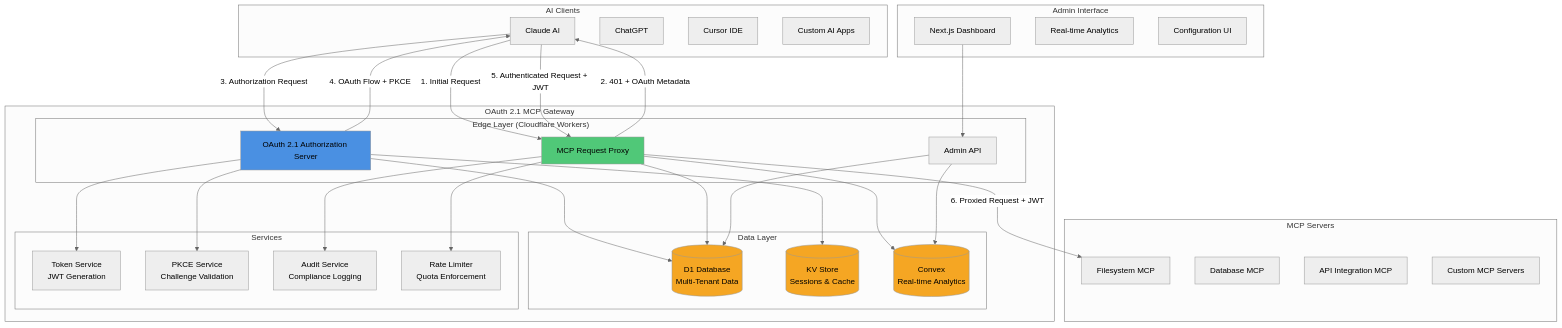
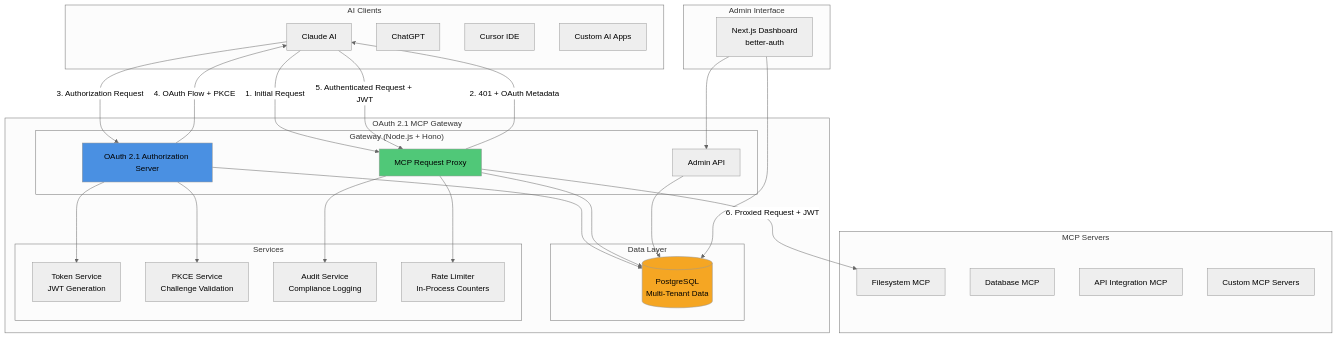
One commit to TevBenji/OAuth-2.1-MCP-Gateway changed the diagram in docs/architecture/README.md. Above: the diagram before and after it, drawn with Mermaid (neutral theme). The commit also changed other lines of this file and 75 other files, not shown here.

````diff
--- a/docs/architecture/README.md
+++ b/docs/architecture/README.md
@@ -38,70 +44,62 @@
 ```mermaid
 graph TB
     subgraph "AI Clients"
         Claude[Claude AI]
         ChatGPT[ChatGPT]
         Cursor[Cursor IDE]
         Custom[Custom AI Apps]
     end
 
     subgraph "OAuth 2.1 MCP Gateway"
-        subgraph "Edge Layer (Cloudflare Workers)"
+        subgraph "Gateway (Node.js + Hono)"
             AuthServer[OAuth 2.1 Authorization Server]
             MCPProxy[MCP Request Proxy]
             AdminAPI[Admin API]
         end
 
         subgraph "Data Layer"
-            D1[(D1 Database<br/>Multi-Tenant Data)]
-            KV[(KV Store<br/>Sessions & Cache)]
-            Convex[(Convex<br/>Real-time Analytics)]
+            PG[(PostgreSQL<br/>Multi-Tenant Data)]
         end
 
         subgraph "Services"
             TokenService[Token Service<br/>JWT Generation]
             PKCEService[PKCE Service<br/>Challenge Validation]
             AuditService[Audit Service<br/>Compliance Logging]
-            RateLimiter[Rate Limiter<br/>Quota Enforcement]
+            RateLimiter[Rate Limiter<br/>In-Process Counters]
         end
     end
 
     subgraph "MCP Servers"
         FileSystem[Filesystem MCP]
         Database[Database MCP]
         APIIntegration[API Integration MCP]
         CustomMCP[Custom MCP Servers]
     end
 
     subgraph "Admin Interface"
-        Dashboard[Next.js Dashboard]
-        Analytics[Real-time Analytics]
-        Config[Configuration UI]
+        Dashboard[Next.js Dashboard<br/>better-auth]
     end
 
     Claude -->|1. Initial Request| MCPProxy
     MCPProxy -->|2. 401 + OAuth Metadata| Claude
     Claude -->|3. Authorization Request| AuthServer
     AuthServer -->|4. OAuth Flow + PKCE| Claude
     Claude -->|5. Authenticated Request + JWT| MCPProxy
     MCPProxy -->|6. Proxied Request + JWT| FileSystem
 
-    AuthServer --> D1
-    AuthServer --> KV
-    MCPProxy --> D1
-    MCPProxy --> Convex
+    AuthServer --> PG
+    MCPProxy --> PG
 
     AuthServer --> TokenService
     AuthServer --> PKCEService
     MCPProxy --> AuditService
     MCPProxy --> RateLimiter
 
     Dashboard --> AdminAPI
-    AdminAPI --> D1
-    AdminAPI --> Convex
+    AdminAPI --> PG
+    Dashboard --> PG
 
     style AuthServer fill:#4A90E2
     style MCPProxy fill:#50C878
-    style D1 fill:#F5A623
-    style KV fill:#F5A623
-    style Convex fill:#F5A623
+    style PG fill:#F5A623
 ```
````
